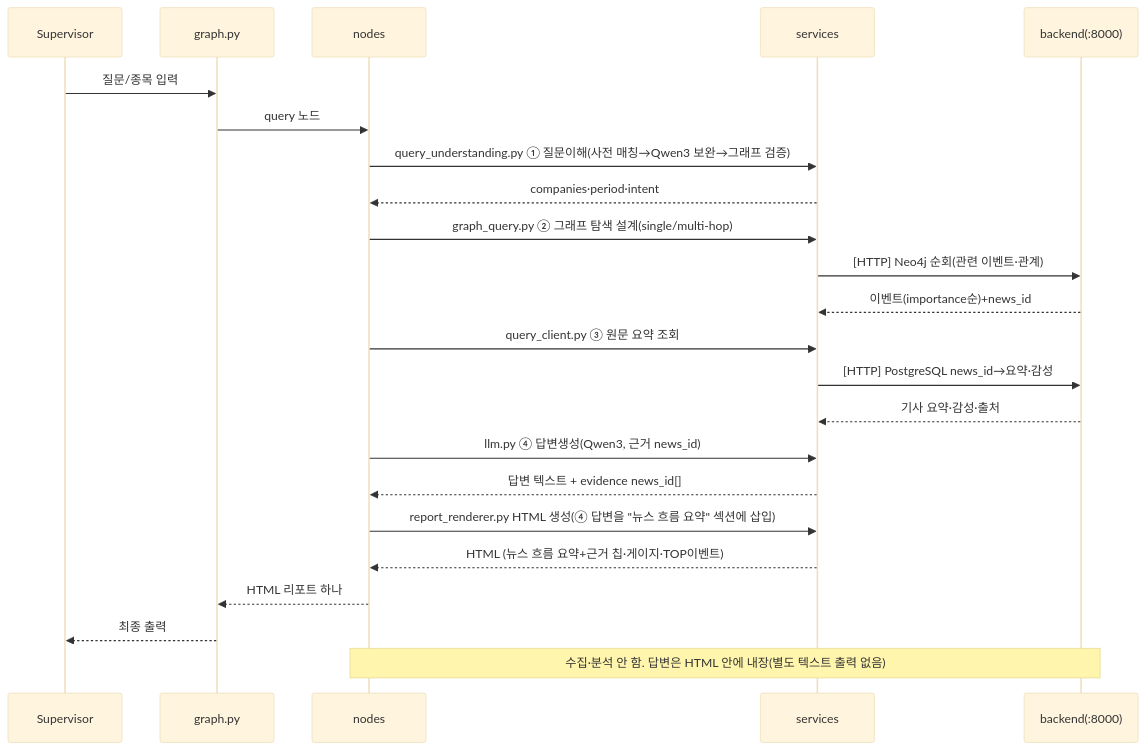
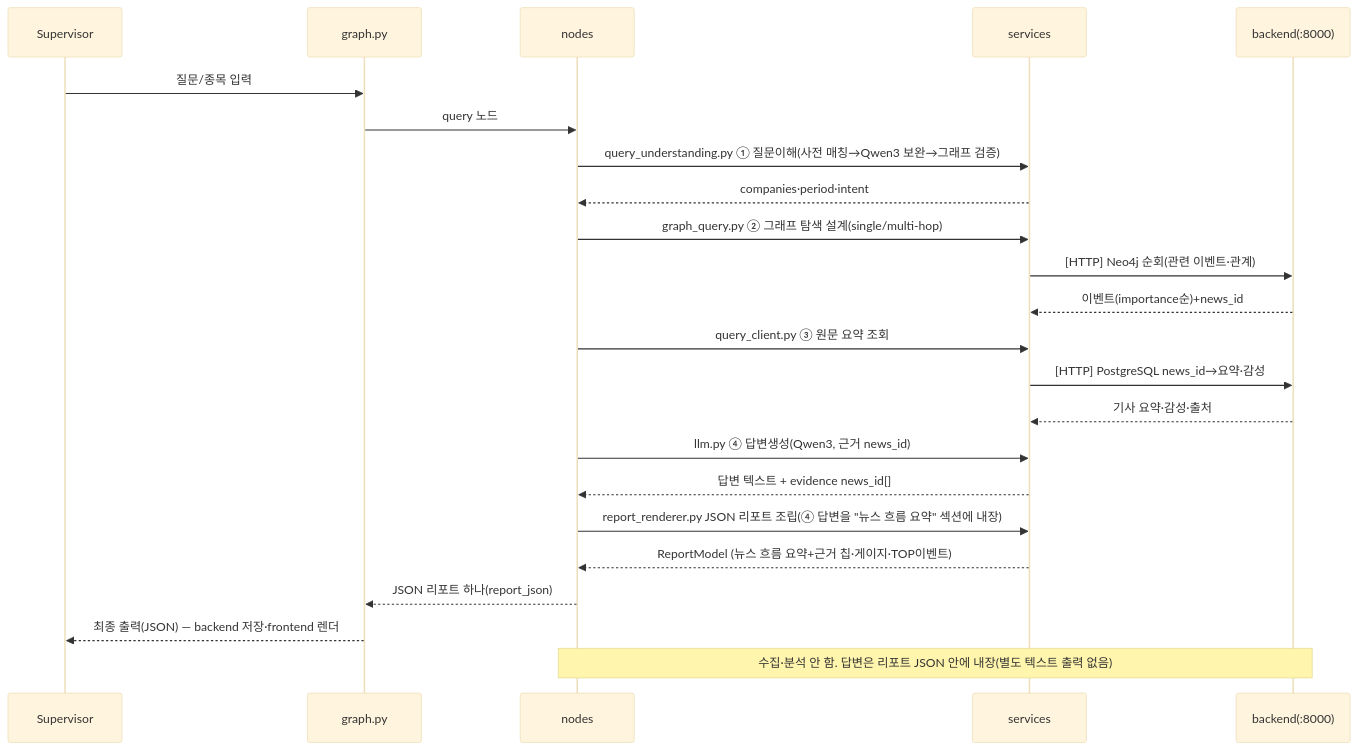
The second of 3 diagrams in ai/src/agents/news/docs/sequence.md (MTVS03/verith), drawn with Mermaid (base theme) before and after one commit. The commit also changed other lines of this file and 14 other files, not shown here.

First line of the commit message:
[refactor] news 리포트 출력을 HTML에서 단일 JSON 계약으로 전환

````diff
--- a/ai/src/agents/news/docs/sequence.md
+++ b/ai/src/agents/news/docs/sequence.md
@@ -37,25 +37,25 @@
 ```mermaid
 sequenceDiagram
   participant U as Supervisor
   participant G as graph.py
   participant N as nodes
   participant SV as services
   participant BE as backend(:8000)
   U->>G: 질문/종목 입력
   G->>N: query 노드
   N->>SV: query_understanding.py ① 질문이해(사전 매칭→Qwen3 보완→그래프 검증)
   SV-->>N: companies·period·intent
   N->>SV: graph_query.py ② 그래프 탐색 설계(single/multi-hop)
   SV->>BE: [HTTP] Neo4j 순회(관련 이벤트·관계)
   BE-->>SV: 이벤트(importance순)+news_id
   N->>SV: query_client.py ③ 원문 요약 조회
   SV->>BE: [HTTP] PostgreSQL news_id→요약·감성
   BE-->>SV: 기사 요약·감성·출처
   N->>SV: llm.py ④ 답변생성(Qwen3, 근거 news_id)
   SV-->>N: 답변 텍스트 + evidence news_id[]
-  N->>SV: report_renderer.py HTML 생성(④ 답변을 "뉴스 흐름 요약" 섹션에 삽입)
-  SV-->>N: HTML (뉴스 흐름 요약+근거 칩·게이지·TOP이벤트)
-  N-->>G: HTML 리포트 하나
-  G-->>U: 최종 출력
-  Note over N,BE: 수집·분석 안 함. 답변은 HTML 안에 내장(별도 텍스트 출력 없음)
+  N->>SV: report_renderer.py JSON 리포트 조립(④ 답변을 "뉴스 흐름 요약" 섹션에 내장)
+  SV-->>N: ReportModel (뉴스 흐름 요약+근거 칩·게이지·TOP이벤트)
+  N-->>G: JSON 리포트 하나(report_json)
+  G-->>U: 최종 출력(JSON) — backend 저장·frontend 렌더
+  Note over N,BE: 수집·분석 안 함. 답변은 리포트 JSON 안에 내장(별도 텍스트 출력 없음)
 ```
````
